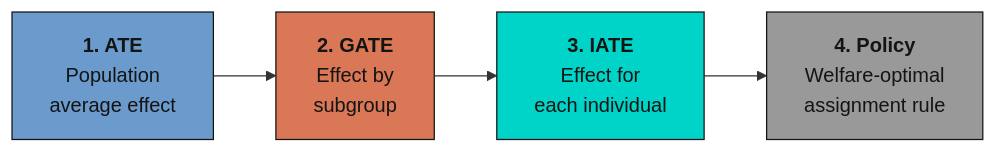
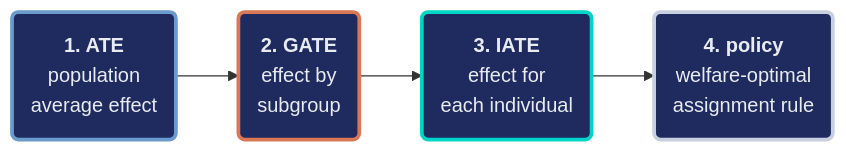
The diagram in content/post/python_cml/index.md (cmg777/starter-academic-v501), drawn with Mermaid before and after one commit. The commit also changed 16 other files, not shown here.

First line of the commit message:
content(mermaid): restyle flowcharts in Python posts, batch 1 of 2

````diff
--- a/content/post/python_cml/index.md
+++ b/content/post/python_cml/index.md
@@ -81,10 +81,14 @@
 ```mermaid
 graph LR
-    A["<b>1. ATE</b><br/>Population<br/>average effect"] --> B["<b>2. GATE</b><br/>Effect by<br/>subgroup"]
-    B --> C["<b>3. IATE</b><br/>Effect for<br/>each individual"]
-    C --> D["<b>4. Policy</b><br/>Welfare-optimal<br/>assignment rule"]
-    style A fill:#6a9bcc,stroke:#141413,color:#141413
-    style B fill:#d97757,stroke:#141413,color:#141413
-    style C fill:#00d4c8,stroke:#141413,color:#141413
-    style D fill:#999999,stroke:#141413,color:#141413
+    A("<b>1. ATE</b><br/>population<br/>average effect") --> B("<b>2. GATE</b><br/>effect by<br/>subgroup")
+    B --> C("<b>3. IATE</b><br/>effect for<br/>each individual")
+    C --> D("<b>4. policy</b><br/>welfare-optimal<br/>assignment rule")
+    classDef blue fill:#1f2b5e,stroke:#6a9bcc,stroke-width:3px,color:#e8ecf2
+    classDef orange fill:#1f2b5e,stroke:#d97757,stroke-width:3px,color:#e8ecf2
+    classDef teal fill:#1f2b5e,stroke:#00d4c8,stroke-width:3px,color:#e8ecf2
+    classDef gray fill:#1f2b5e,stroke:#c8d0e0,stroke-width:3px,color:#e8ecf2
+    class A blue
+    class B orange
+    class C teal
+    class D gray
 ```
````
